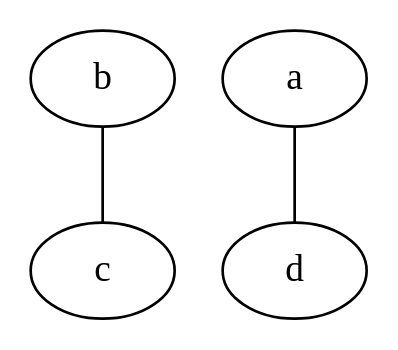
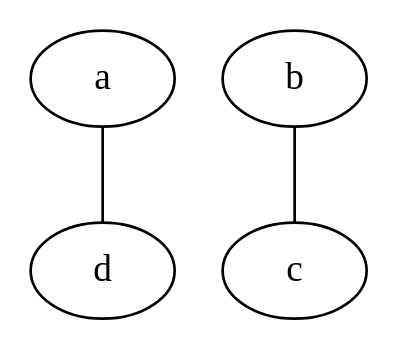
The diagram in output/graph_independence.gv (Mielecki/Traces), drawn with Graphviz before and after one commit. The commit also changed other lines of this file and 12 other files, not shown here.

```diff
--- a/output/graph_independence.gv
+++ b/output/graph_independence.gv
@@ -1,8 +1,8 @@
 graph graphname {
-c0 [label="c"]
 a0 [label="a"]
 d0 [label="d"]
 b0 [label="b"]
+c0 [label="c"]
 a0 -- d0;
 b0 -- c0;
 }
```
